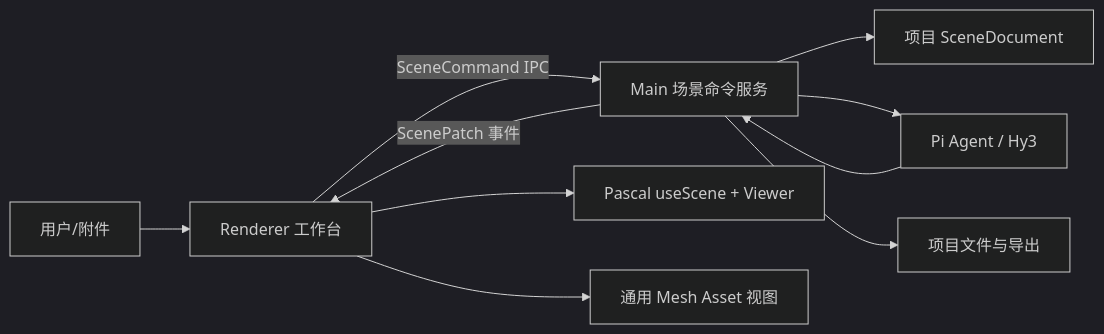
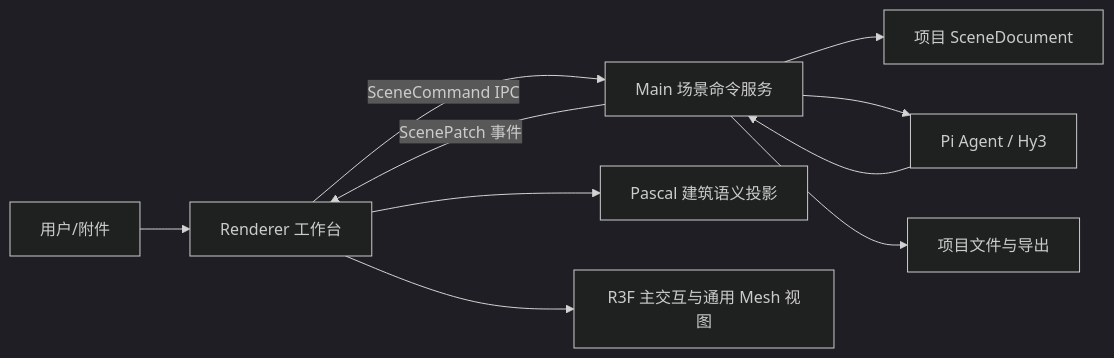
The diagram in docs/design/ArchAgent-技术方案.md (xy200303/ArchAgent), drawn with Mermaid (dark theme) before and after one commit. The commit also changed other lines of this file and 48 other files, not shown here.

````diff
--- a/docs/design/ArchAgent-技术方案.md
+++ b/docs/design/ArchAgent-技术方案.md
@@ -24,12 +26,12 @@
 ```mermaid
 graph LR
     U[用户/附件] --> R[Renderer 工作台]
     R -->|SceneCommand IPC| M[Main 场景命令服务]
     M --> D[项目 SceneDocument]
     M --> A[Pi Agent / Hy3]
     A --> M
     M -->|ScenePatch 事件| R
-    R --> P[Pascal useScene + Viewer]
-    R --> V[通用 Mesh Asset 视图]
+    R --> P[Pascal 建筑语义投影]
+    R --> V[R3F 主交互与通用 Mesh 视图]
     M --> F[项目文件与导出]
 ```
````
